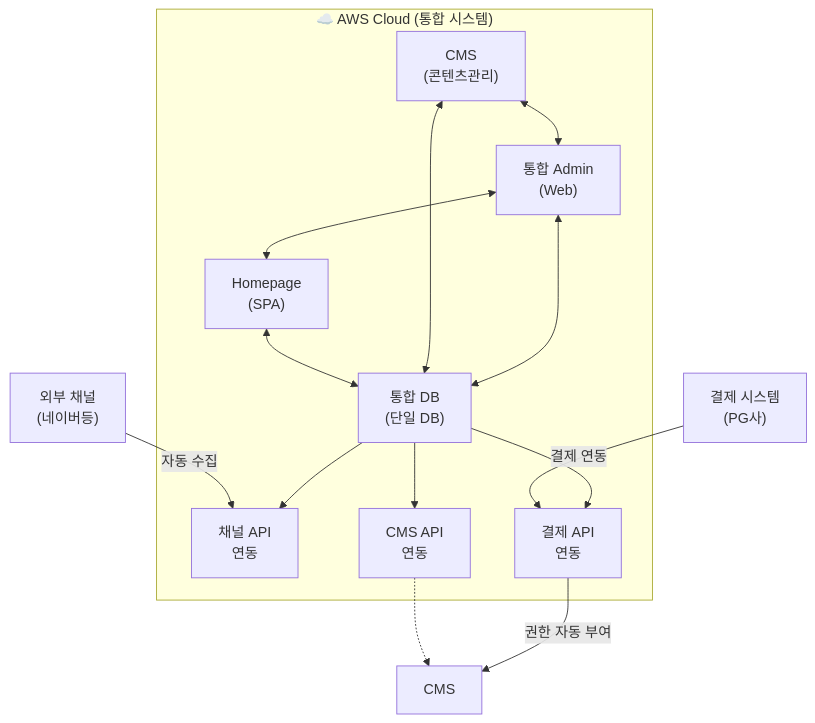
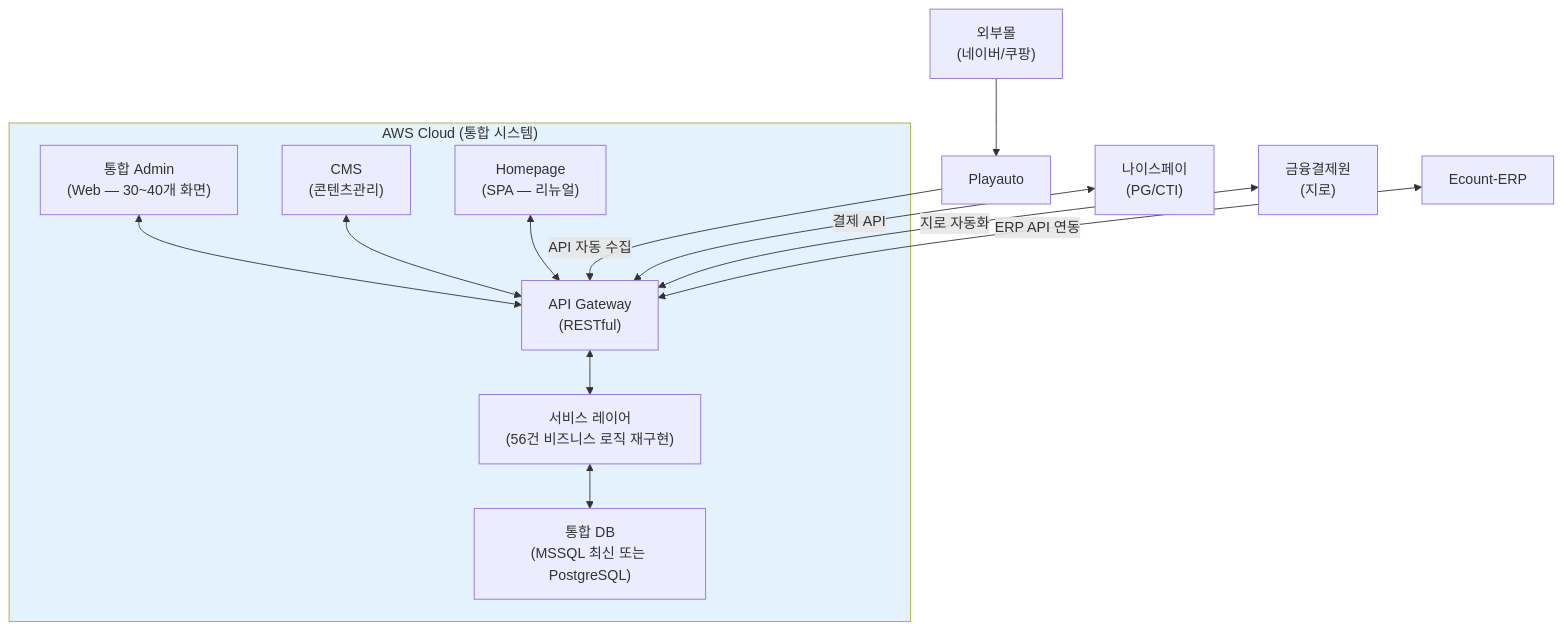
Before and after one commit to sknkwoxs/manual-book: the sixth of 6 diagrams in src/content/docs/goodthinking-isp/02-analysis/system-diagnosis.md, drawn with Mermaid. The commit also changed other lines of this file and 3 other files, not shown here.

````diff
--- a/src/content/docs/goodthinking-isp/02-analysis/system-diagnosis.md
+++ b/src/content/docs/goodthinking-isp/02-analysis/system-diagnosis.md
@@ -243,28 +491,31 @@
 ```mermaid
 graph TD
-    subgraph AWS["☁️ AWS Cloud (통합 시스템)"]
+    subgraph CLOUD["AWS Cloud (통합 시스템)"]
+        ADMIN["통합 Admin<br/>(Web — 30~40개 화면)"]
         CMS["CMS<br/>(콘텐츠관리)"]
-        ADMIN["통합 Admin<br/>(Web)"]
-        HOMEPAGE["Homepage<br/>(SPA)"]
-        DB["통합 DB<br/>(단일 DB)"]
-        
-        CMS <--> ADMIN
-        ADMIN <--> HOMEPAGE
-        ADMIN <--> DB
-        CMS <--> DB
-        HOMEPAGE <--> DB
-        
-        DB --> CHANNEL_API["채널 API<br/>연동"]
-        DB --> PAYMENT_API["결제 API<br/>연동"]
-        DB --> CMS_API["CMS API<br/>연동"]
+        HOMEPAGE["Homepage<br/>(SPA — 리뉴얼)"]
+        API["API Gateway<br/>(RESTful)"]
+        DB["통합 DB<br/>(MSSQL 최신 또는 PostgreSQL)"]
+        BL["서비스 레이어<br/>(56건 비즈니스 로직 재구현)"]
+
+        ADMIN <--> API
+        CMS <--> API
+        HOMEPAGE <--> API
+        API <--> BL
+        BL <--> DB
     end
-    
-    EXT1["외부 채널<br/>(네이버등)"]
-    EXT2["결제 시스템<br/>(PG사)"]
-    EXT3["CMS"]
-    
-    EXT1 -->|자동 수집| CHANNEL_API
-    EXT2 -->|결제 연동| PAYMENT_API
-    PAYMENT_API -->|권한 자동 부여| EXT3
-    CMS_API -.-> EXT3
+
+    EXT1["외부몰<br/>(네이버/쿠팡)"]
+    EXT2["나이스페이<br/>(PG/CTI)"]
+    EXT3["금융결제원<br/>(지로)"]
+    EXT4["Ecount-ERP"]
+    EXT5["Playauto"]
+
+    EXT5 -->|"API 자동 수집"| API
+    EXT1 --> EXT5
+    EXT2 <-->|"결제 API"| API
+    EXT3 <-->|"지로 자동화"| API
+    EXT4 <-->|"ERP API 연동"| API
+
+    style CLOUD fill:#e3f2fd
 ```
````
